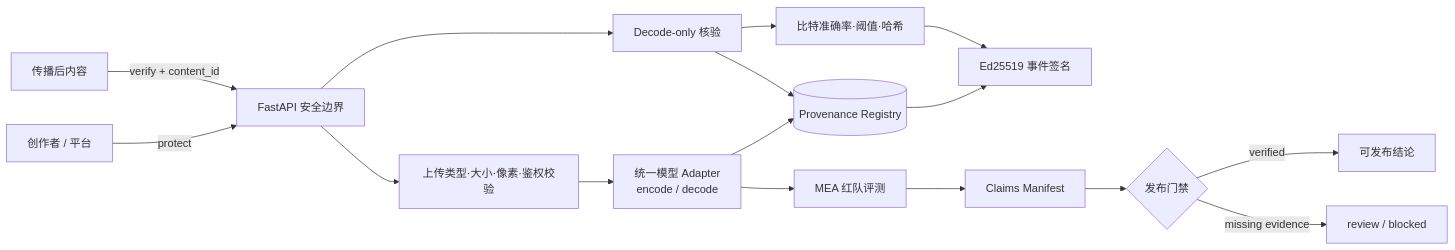
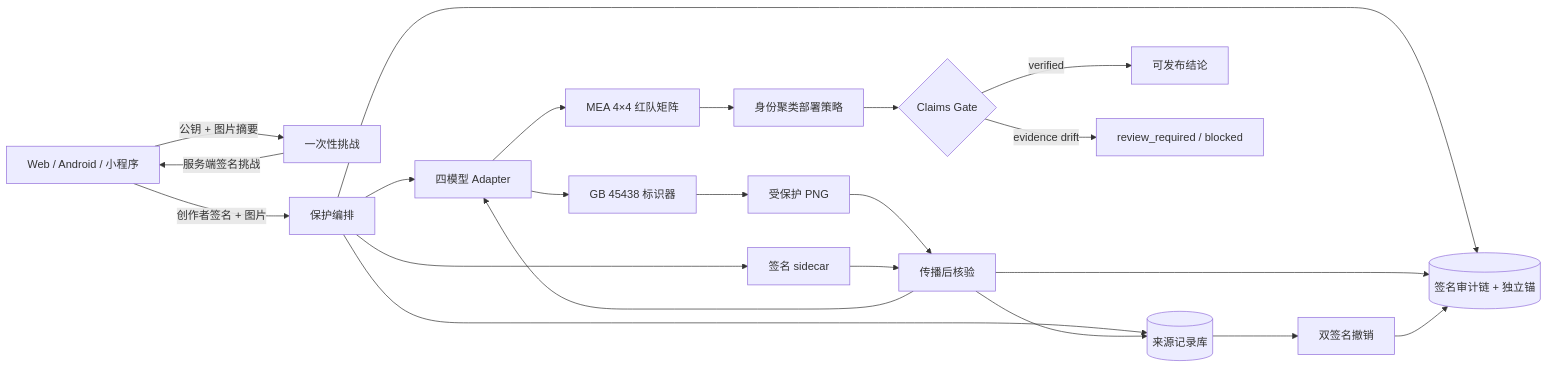
Before and after one commit to lux-liang/JianYuanShield: the diagram in README.md, drawn with Mermaid. The commit also changed other lines of this file, not shown here.

````diff
--- a/README.md
+++ b/README.md
@@ -92,20 +57,26 @@
 ```mermaid
 flowchart LR
-    U[创作者 / 平台] -->|protect| API[FastAPI 安全边界]
-    API --> V[上传类型·大小·像素·鉴权校验]
-    V --> A[统一模型 Adapter\nencode / decode]
-    A --> R[(Provenance Registry)]
-    R --> S[Ed25519 事件签名]
+    C[Web / Android / 小程序] -->|公钥 + 图片摘要| CH[一次性挑战]
+    CH -->|服务端签名挑战| C
+    C -->|创作者签名 + 图片| P[保护编排]
+    P --> A[四模型 Adapter]
+    A --> G[GB 45438 标识器]
+    G --> IMG[受保护 PNG]
+    P --> DB[(来源记录库)]
+    P --> SC[签名 sidecar]
+    P --> AL[(签名审计链 + 独立锚)]
 
-    X[传播后内容] -->|verify + content_id| API
-    API --> D[Decode-only 核验]
-    D --> R
-    D --> E[比特准确率·阈值·哈希]
-    E --> S
+    IMG --> V[传播后核验]
+    SC --> V
+    V --> A
+    V --> DB
+    V --> AL
+    DB --> RV[双签名撤销]
+    RV --> AL
 
-    A --> M[MEA 红队评测]
-    M --> C[Claims Manifest]
-    C --> G{发布门禁}
-    G -->|verified| P[可发布结论]
-    G -->|missing evidence| B[review / blocked]
+    A --> MEA[MEA 4×4 红队矩阵]
+    MEA --> CP[身份聚类部署策略]
+    CP --> CG{Claims Gate}
+    CG -->|verified| OUT[可发布结论]
+    CG -->|evidence drift| STOP[review_required / blocked]
 ```
````
